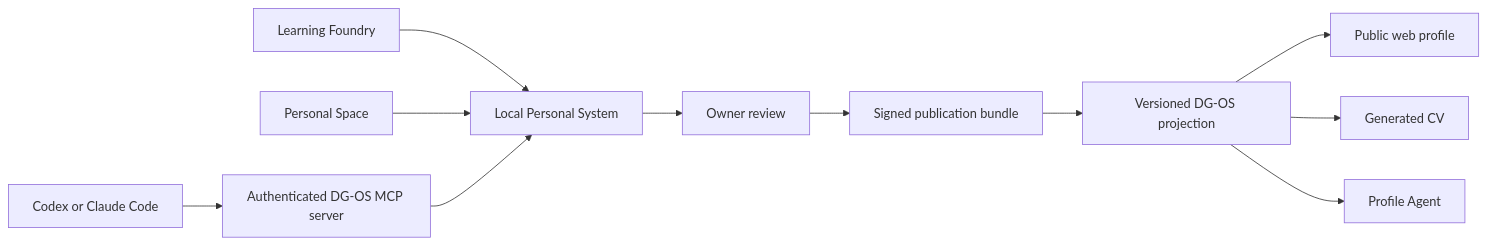
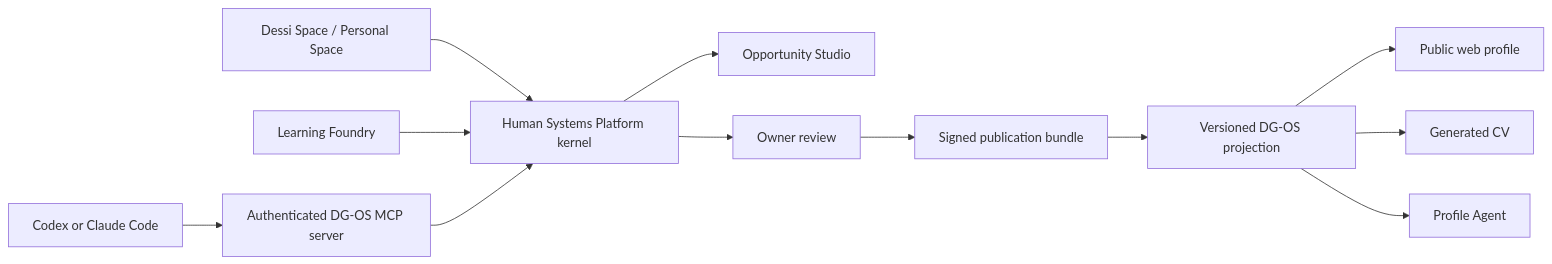
Before and after one commit to DG-creative-lab/dg-labs-os: the diagram in docs/DG_OS_PRODUCT_ROADMAP.md, drawn with Mermaid. The commit also changed other lines of this file and 28 other files, not shown here.

````diff
--- a/docs/DG_OS_PRODUCT_ROADMAP.md
+++ b/docs/DG_OS_PRODUCT_ROADMAP.md
@@ -106,13 +116,14 @@
 ```mermaid
 flowchart LR
-    F["Learning Foundry"] --> S["Local Personal System"]
-    D["Personal Space"] --> S
+    D["Dessi Space / Personal Space"] --> S["Human Systems Platform kernel"]
+    F["Learning Foundry"] --> S
+    S --> O["Opportunity Studio"]
     S --> R["Owner review"]
     R --> B["Signed publication bundle"]
     B --> P["Versioned DG-OS projection"]
     P --> W["Public web profile"]
     P --> C["Generated CV"]
     P --> A["Profile Agent"]
     X["Codex or Claude Code"] --> M["Authenticated DG-OS MCP server"]
     M --> S
 ```
````
